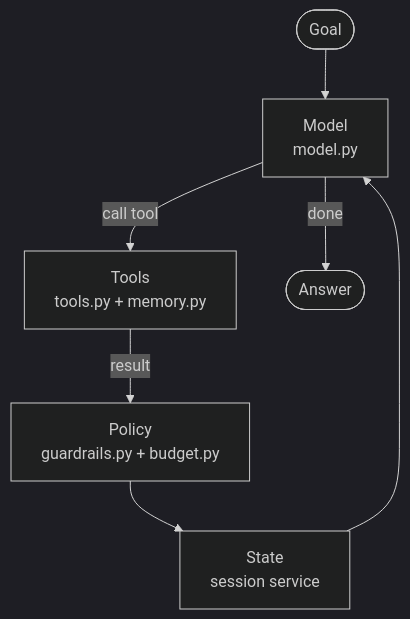
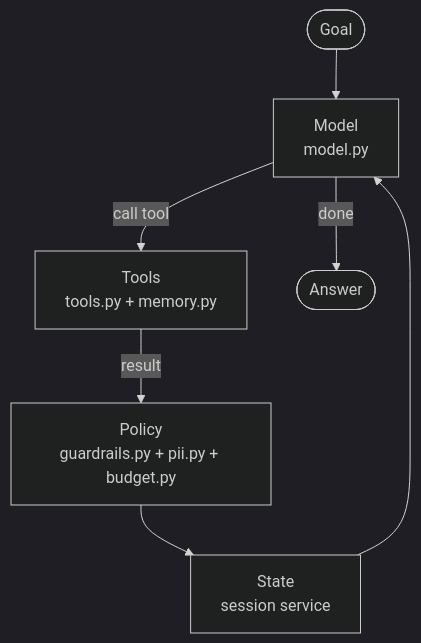
The first of 3 diagrams in docs/0. Overview/0.1. Agents.md (MLOps-Courses/agentops-open-course), drawn with Mermaid (dark theme) before and after one commit. The commit also changed other lines of this file and 26 other files, not shown here.

First line of the commit message:
docs(course): fix reference drift and add targeted diagrams and checkpoints

````diff
--- a/docs/0. Overview/0.1. Agents.md
+++ b/docs/0. Overview/0.1. Agents.md
@@ -33,9 +33,9 @@
 ```mermaid
 flowchart TD
     Goal([Goal]) --> Model["Model<br/>model.py"]
     Model -->|call tool| Tools["Tools<br/>tools.py + memory.py"]
-    Tools -->|result| Policy["Policy<br/>guardrails.py + budget.py"]
+    Tools -->|result| Policy["Policy<br/>guardrails.py + pii.py + budget.py"]
     Policy --> State["State<br/>session service"]
     State --> Model
     Model -->|done| Answer([Answer])
 ```
````
